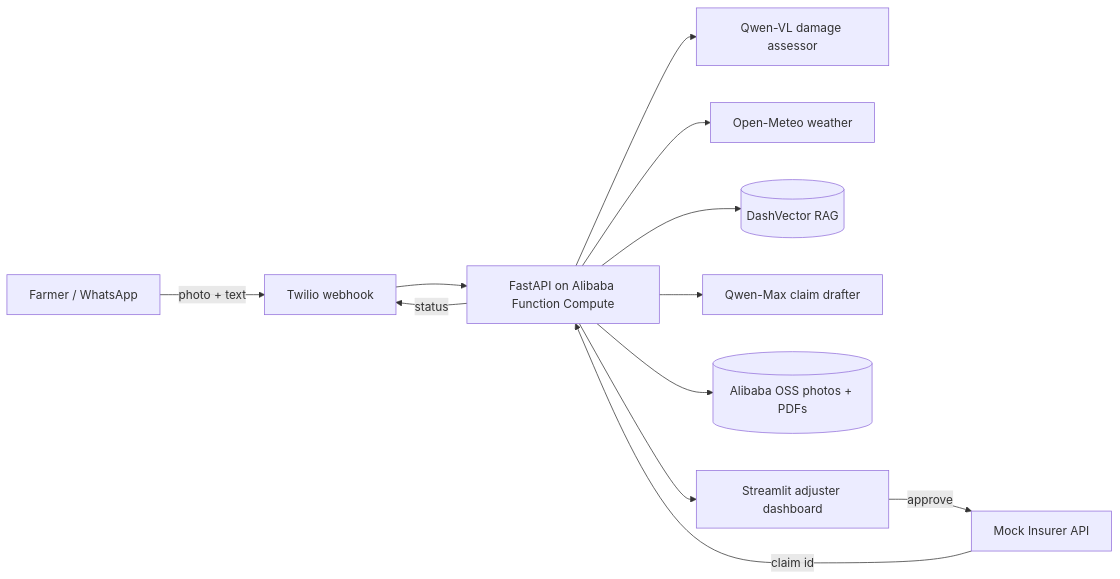
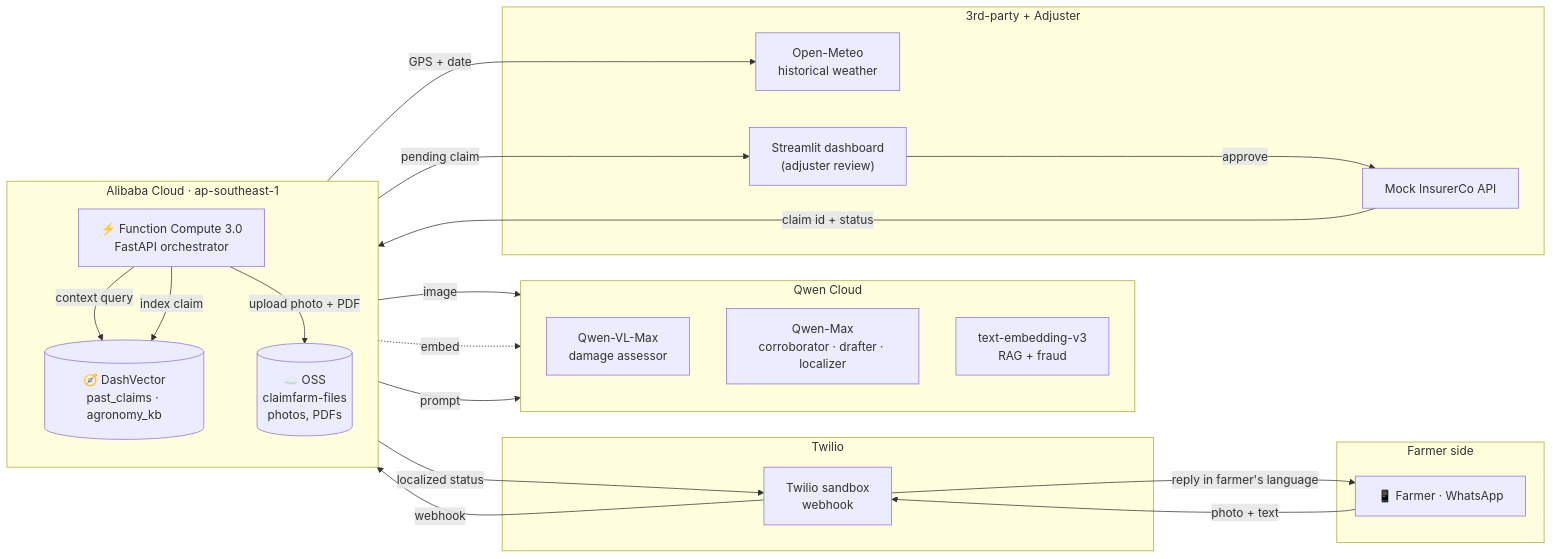
One commit to hemnaath04/claimfarm changed the diagram in docs/architecture.md. Above: the diagram before and after it, drawn with Mermaid. The commit also changed other lines of this file, not shown here.

First line of the commit message:
Task #12: polished architecture diagram + system overview

````diff
--- a/docs/architecture.md
+++ b/docs/architecture.md
@@ -5,14 +7,48 @@
 ```mermaid
 flowchart LR
-  F[Farmer / WhatsApp] -->|photo + text| T[Twilio webhook]
-  T --> A[FastAPI on Alibaba Function Compute]
-  A --> VL[Qwen-VL damage assessor]
-  A --> W[Open-Meteo weather]
-  A --> V[(DashVector RAG)]
-  A --> M[Qwen-Max claim drafter]
-  A --> O[(Alibaba OSS photos + PDFs)]
-  A --> D[Streamlit adjuster dashboard]
-  D -->|approve| I[Mock Insurer API]
-  I -->|claim id| A
-  A -->|status| T
+  subgraph Farmer[Farmer side]
+    F["📱 Farmer · WhatsApp"]
+  end
+
+  subgraph Twilio
+    TW["Twilio sandbox<br/>webhook"]
+  end
+
+  subgraph Alibaba["Alibaba Cloud · ap-southeast-1"]
+    direction TB
+    FC["⚡ Function Compute 3.0<br/>FastAPI orchestrator"]
+    OSS[("☁️ OSS<br/>claimfarm-files<br/>photos, PDFs")]
+    DV[("🧭 DashVector<br/>past_claims · agronomy_kb")]
+  end
+
+  subgraph Qwen["Qwen Cloud"]
+    direction TB
+    QVL["Qwen-VL-Max<br/>damage assessor"]
+    QM["Qwen-Max<br/>corroborator · drafter · localizer"]
+    QE["text-embedding-v3<br/>RAG + fraud"]
+  end
+
+  subgraph External[3rd-party + Adjuster]
+    OM["Open-Meteo<br/>historical weather"]
+    DASH["Streamlit dashboard<br/>(adjuster review)"]
+    INS["Mock InsurerCo API"]
+  end
+
+  F -->|photo + text| TW
+  TW -->|webhook| FC
+
+  FC -->|image| QVL
+  FC -->|GPS + date| OM
+  FC -->|context query| DV
+  DV -.embed.-> QE
+  FC -->|prompt| QM
+
+  FC -->|upload photo + PDF| OSS
+  FC -->|index claim| DV
+
+  FC -->|pending claim| DASH
+  DASH -->|approve| INS
+  INS -->|claim id + status| FC
+  FC -->|localized status| TW
+  TW -->|reply in farmer's language| F
 ```
````
